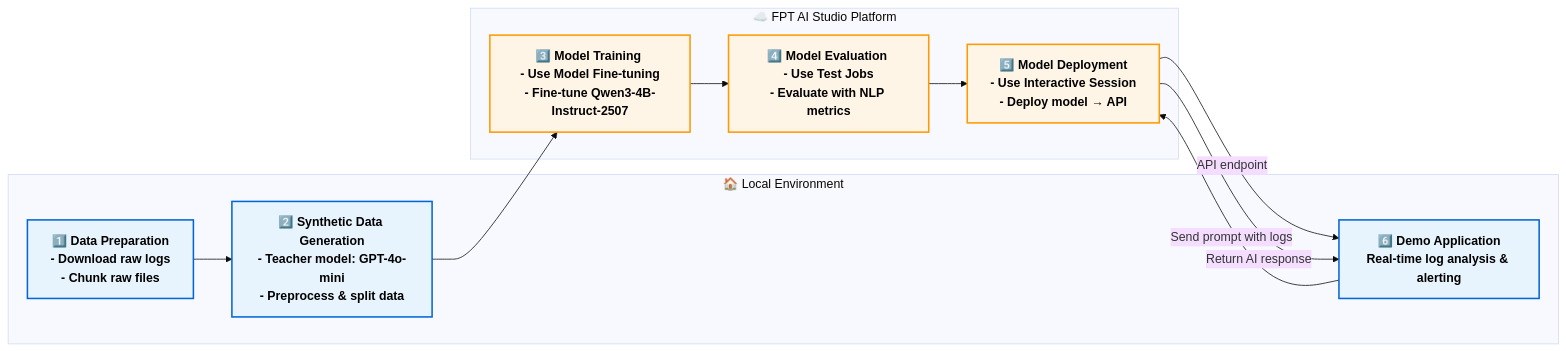
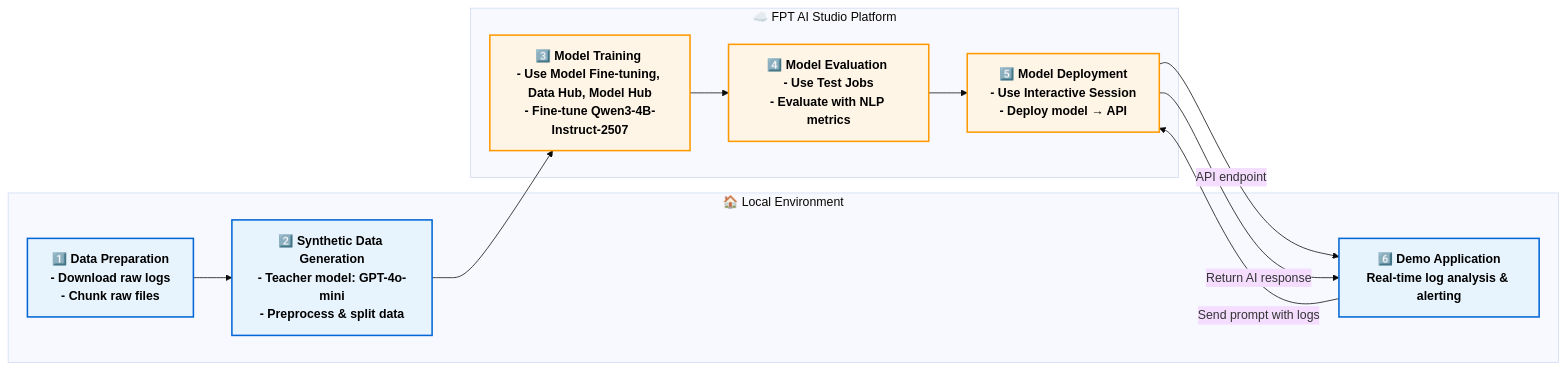
Before and after one commit to fpt-corp/ai-studio: the diagram in tutorials/log-tracking-and-alert-using-qwen3/README.md, drawn with Mermaid (base theme). The commit also changed other lines of this file, not shown here.

Commit message:
feat: add model hub, data hub

````diff
--- a/tutorials/log-tracking-and-alert-using-qwen3/README.md
+++ b/tutorials/log-tracking-and-alert-using-qwen3/README.md
@@ -15,30 +15,30 @@
 ```mermaid
 flowchart LR
   %% ==== Style definitions ====
   classDef local fill:#e8f4fd,stroke:#0366d6,stroke-width:2px,color:#000,font-weight:bold;
   classDef studio fill:#fff5e6,stroke:#ff9900,stroke-width:2px,color:#000,font-weight:bold;
   classDef neutral fill:#f8f9fa,stroke:#ccc,stroke-width:1px,color:#333;
 
   %% ==== Columns ====
   subgraph L["🏠 Local Environment"]
     A1["1️⃣ Data Preparation<br/>- Download raw logs<br/>- Chunk raw files"]:::local
     A2["2️⃣ Synthetic Data Generation<br/>- Teacher model: GPT-4o-mini<br/>- Preprocess & split data"]:::local
     A3["6️⃣ Demo Application<br/>Real-time log analysis & alerting"]:::local
   end
 
   subgraph R["☁️ FPT AI Studio Platform"]
-    B2["3️⃣ Model Training <br/>- Use Model Fine-tuning<br/>- Fine-tune Qwen3-4B-Instruct-2507"]:::studio
+    B2["3️⃣ Model Training <br/>- Use Model Fine-tuning, Data Hub, Model Hub<br/>- Fine-tune Qwen3-4B-Instruct-2507"]:::studio
     B3["4️⃣ Model Evaluation <br/>- Use Test Jobs<br/>- Evaluate with NLP metrics"]:::studio
     B5["5️⃣ Model Deployment <br/>- Use Interactive Session<br/>- Deploy model → API"]:::studio
   end
 
   %% ==== Flow between columns ====
   A1 --> A2
   A2 --> B2
   B2 --> B3
   B3 --> B5
 
   B5 -->|API endpoint| A3
   A3 -->|Send prompt with logs| B5
   B5 -->|Return AI response | A3
 ```
````
